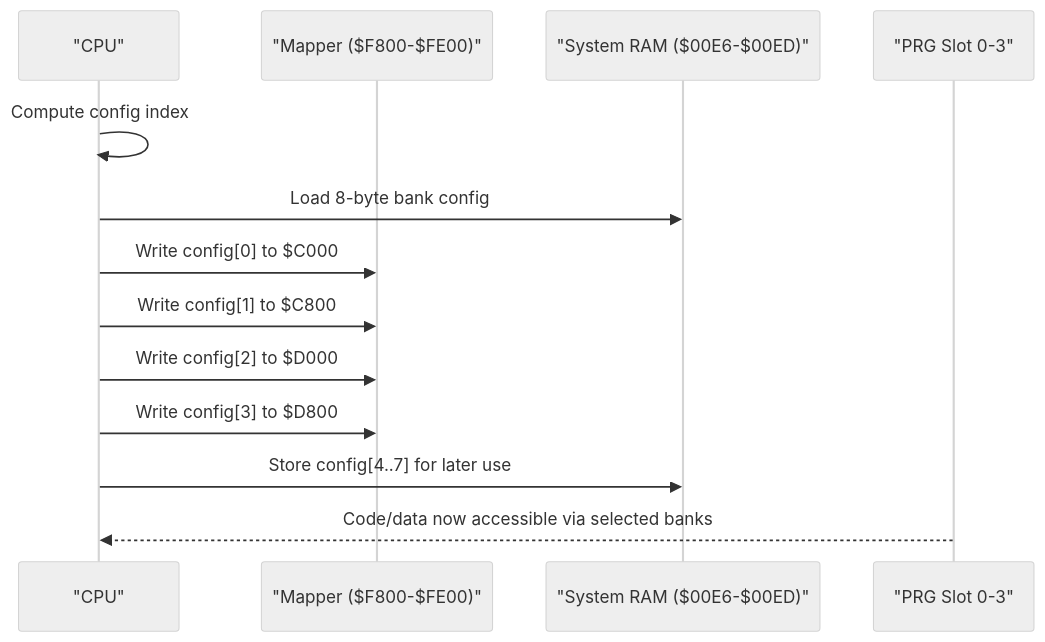
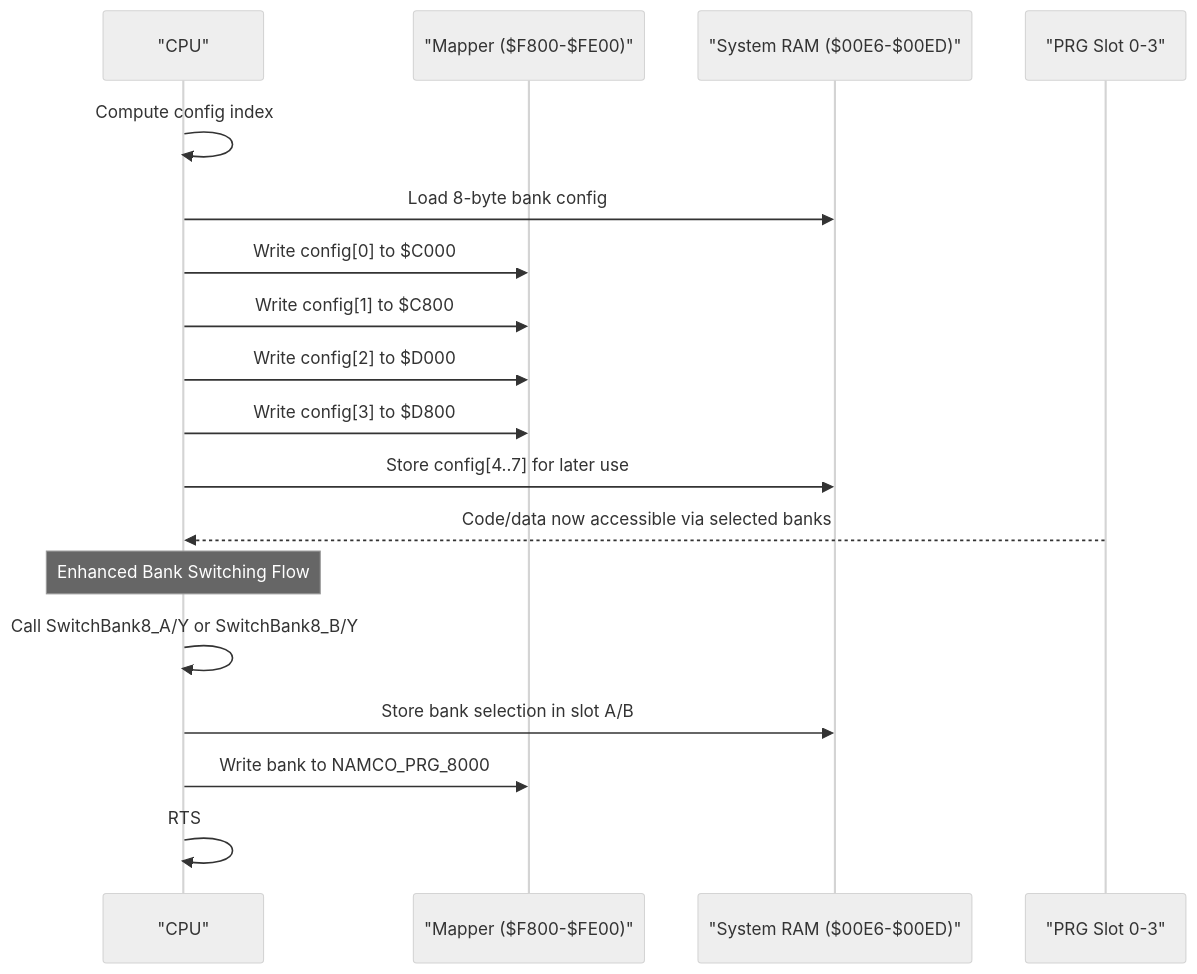
Before and after one commit to rabbyzero/sango2dasm: the fourth of 6 diagrams in .qoder/repowiki/en/content/Data Access and Memory Management/Data Access and Memory Management.md, drawn with Mermaid (neutral theme). The commit also changed other lines of this file and 23 other files, not shown here.

````diff
--- a/.qoder/repowiki/en/content/Data Access and Memory Management/Data Access and Memory Management.md
+++ b/.qoder/repowiki/en/content/Data Access and Memory Management/Data Access and Memory Management.md
@@ -174,15 +201,20 @@
 ```mermaid
 sequenceDiagram
 participant CPU as "CPU"
 participant MAP as "Mapper ($F800-$FE00)"
 participant RAM as "System RAM ($00E6-$00ED)"
 participant PRG as "PRG Slot 0-3"
 CPU->>CPU : Compute config index
 CPU->>RAM : Load 8-byte bank config
 CPU->>MAP : Write config[0] to $C000
 CPU->>MAP : Write config[1] to $C800
 CPU->>MAP : Write config[2] to $D000
 CPU->>MAP : Write config[3] to $D800
 CPU->>RAM : Store config[4..7] for later use
 PRG-->>CPU : Code/data now accessible via selected banks
+Note over CPU : Enhanced Bank Switching Flow
+CPU->>CPU : Call SwitchBank8_A/Y or SwitchBank8_B/Y
+CPU->>RAM : Store bank selection in slot A/B
+CPU->>MAP : Write bank to NAMCO_PRG_8000
+CPU->>CPU : RTS
 ```
````
